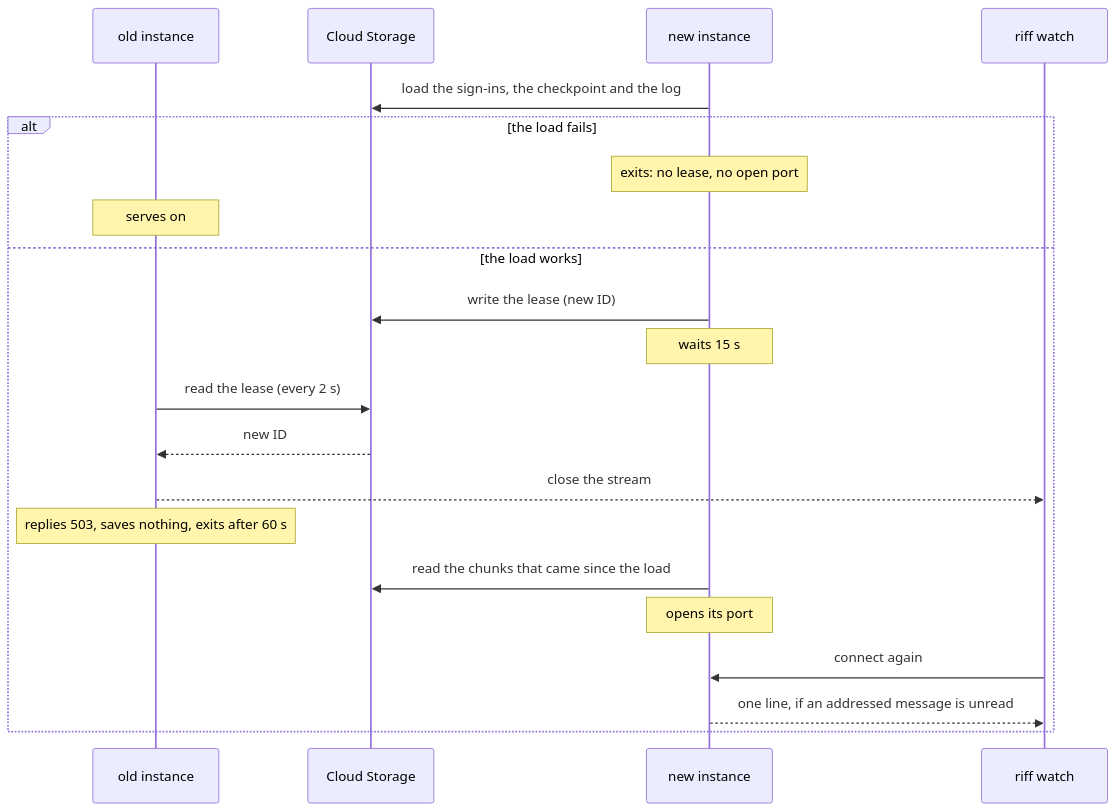
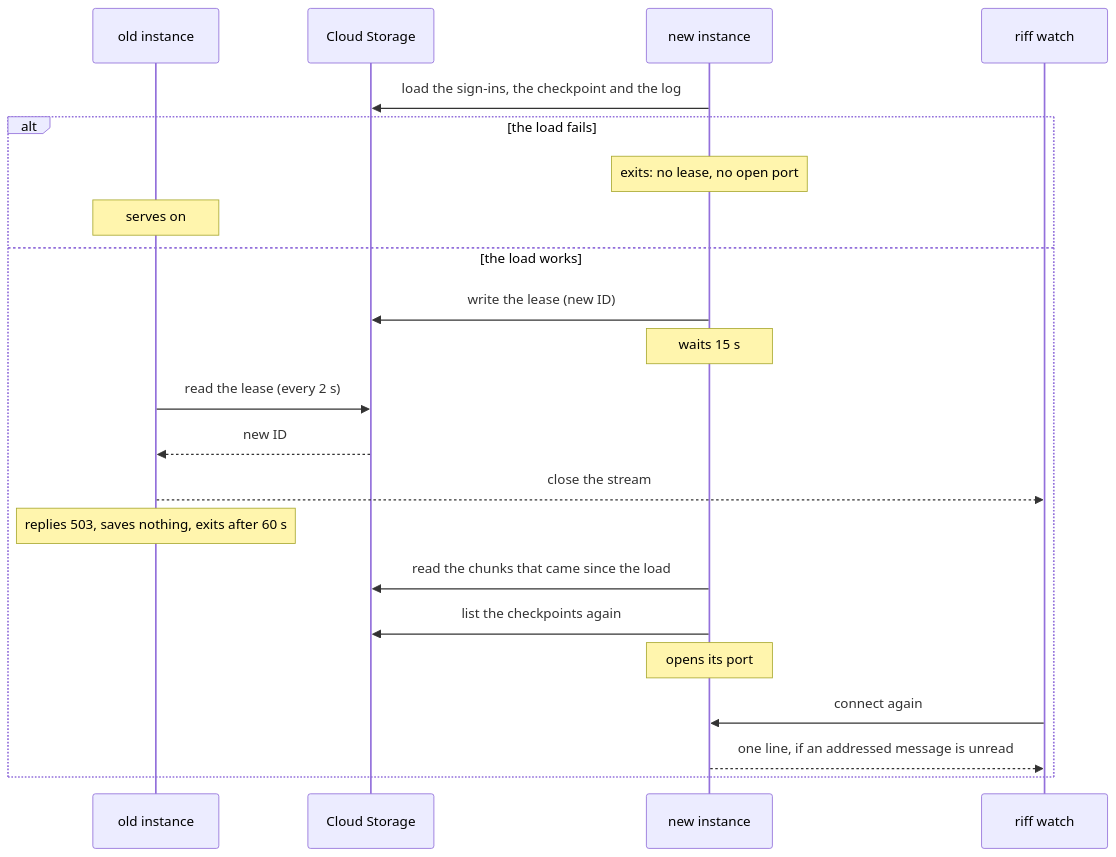
One commit to como-technologies/riff changed diagram 34 of 42 in docs/src/how-it-works.md. Above: the diagram before and after it, drawn with Mermaid. The commit also changed other lines of this file and 34 other files, not shown here.

````diff
--- a/docs/src/how-it-works.md
+++ b/docs/src/how-it-works.md
@@ -2071,23 +2111,24 @@
 ```mermaid
 sequenceDiagram
     participant O as old instance
     participant S as Cloud Storage
     participant N as new instance
     participant W as riff watch
     N->>S: load the sign-ins, the checkpoint and the log
     alt the load fails
         Note over N: exits: no lease, no open port
         Note over O: serves on
     else the load works
         N->>S: write the lease (new ID)
         Note over N: waits 15 s
         O->>S: read the lease (every 2 s)
         S-->>O: new ID
         O-->>W: close the stream
         Note over O: replies 503, saves nothing, exits after 60 s
         N->>S: read the chunks that came since the load
+        N->>S: list the checkpoints again
         Note over N: opens its port
         W->>N: connect again
         N-->>W: one line, if an addressed message is unread
     end
 ```
````
